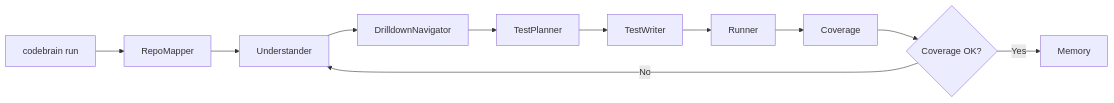
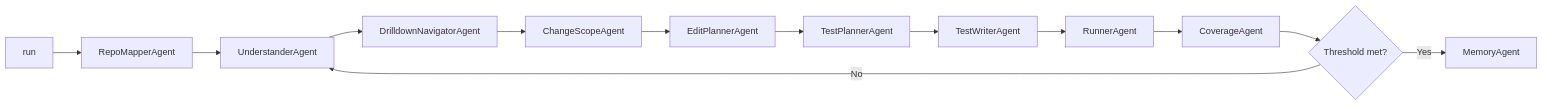
Before and after one commit to Gavinluo/Oscar: the fourth of 4 diagrams in ARCHITECTURE.md, drawn with Mermaid. The commit also changed other lines of this file and 32 other files, not shown here.

````diff
--- a/ARCHITECTURE.md
+++ b/ARCHITECTURE.md
@@ -117,13 +92,15 @@
 ```mermaid
 flowchart LR
-    A["codebrain run"] --> B["RepoMapper"]
-    B --> C["Understander"]
-    C --> D["DrilldownNavigator"]
-    D --> E["TestPlanner"]
-    E --> F["TestWriter"]
-    F --> G["Runner"]
-    G --> H["Coverage"]
-    H --> I{"Coverage OK?"}
-    I -- "No" --> C
-    I -- "Yes" --> J["Memory"]
+    A["run"] --> B["RepoMapperAgent"]
+    B --> C["UnderstanderAgent"]
+    C --> D["DrilldownNavigatorAgent"]
+    D --> E["ChangeScopeAgent"]
+    E --> F["EditPlannerAgent"]
+    F --> G["TestPlannerAgent"]
+    G --> H["TestWriterAgent"]
+    H --> I["RunnerAgent"]
+    I --> J["CoverageAgent"]
+    J --> K{"Threshold met?"}
+    K -- "No" --> C
+    K -- "Yes" --> L["MemoryAgent"]
 ```
````
